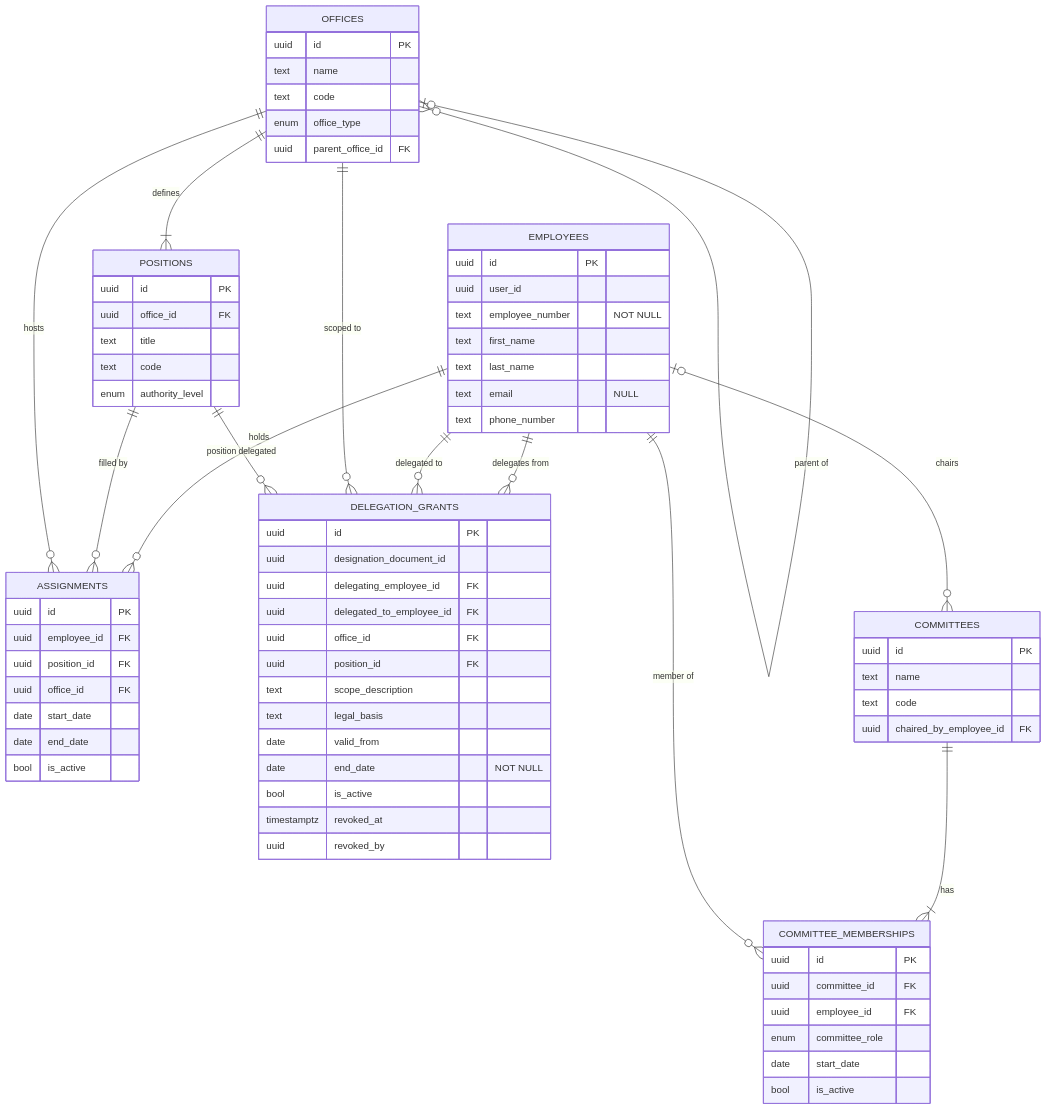
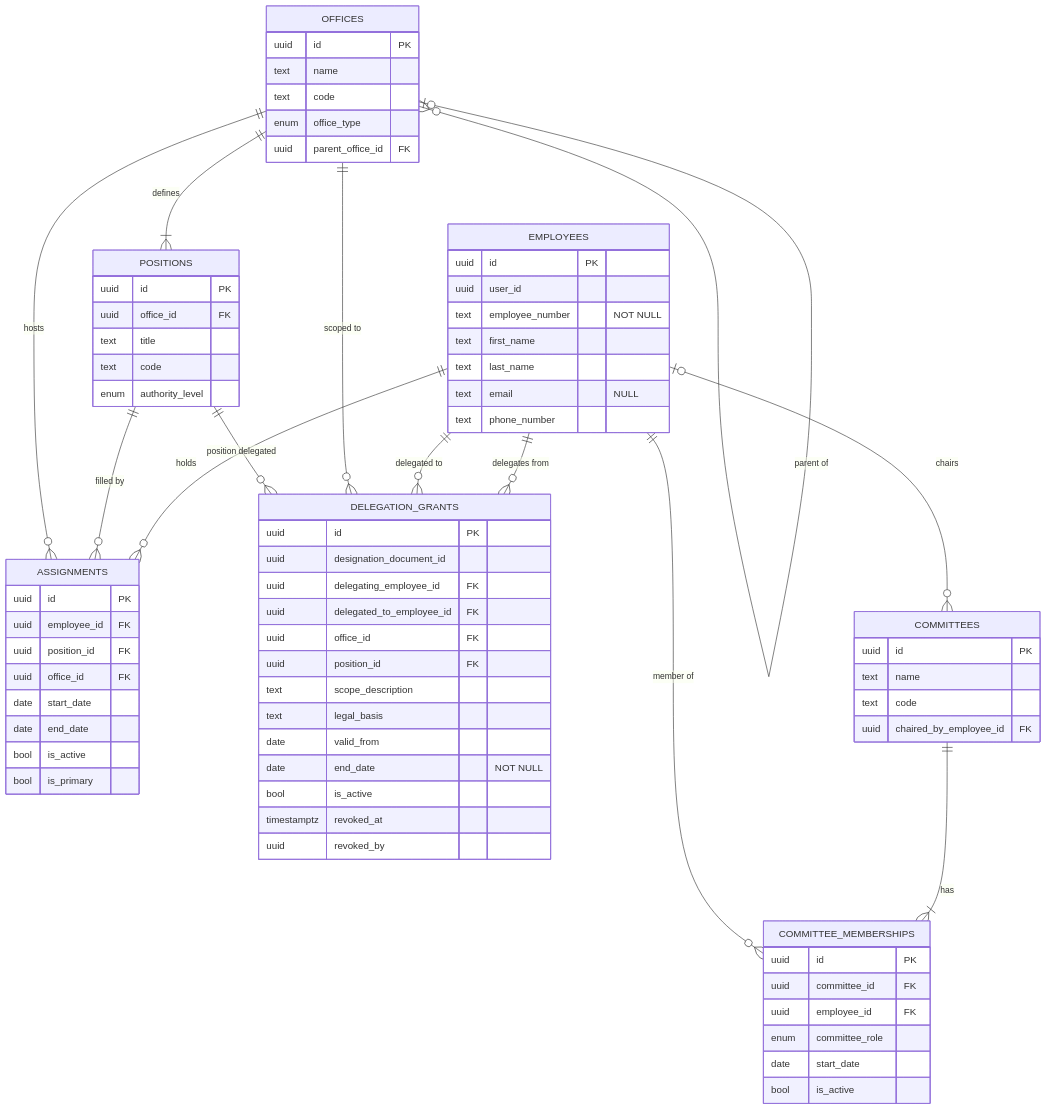
One commit to lukexodus/batac-dms changed the second of 8 diagrams in docs/pre-development/C-database/c2-entity-relationship-diagrams-per-schema.md. Above: the diagram before and after it, drawn with Mermaid. The commit also changed other lines of this file and 10 other files, not shown here.

```diff
--- a/docs/pre-development/C-database/c2-entity-relationship-diagrams-per-schema.md
+++ b/docs/pre-development/C-database/c2-entity-relationship-diagrams-per-schema.md
@@ -278,6 +278,7 @@
         date start_date
         date end_date
         bool is_active
+        bool is_primary
     }
 
     DELEGATION_GRANTS {
```
